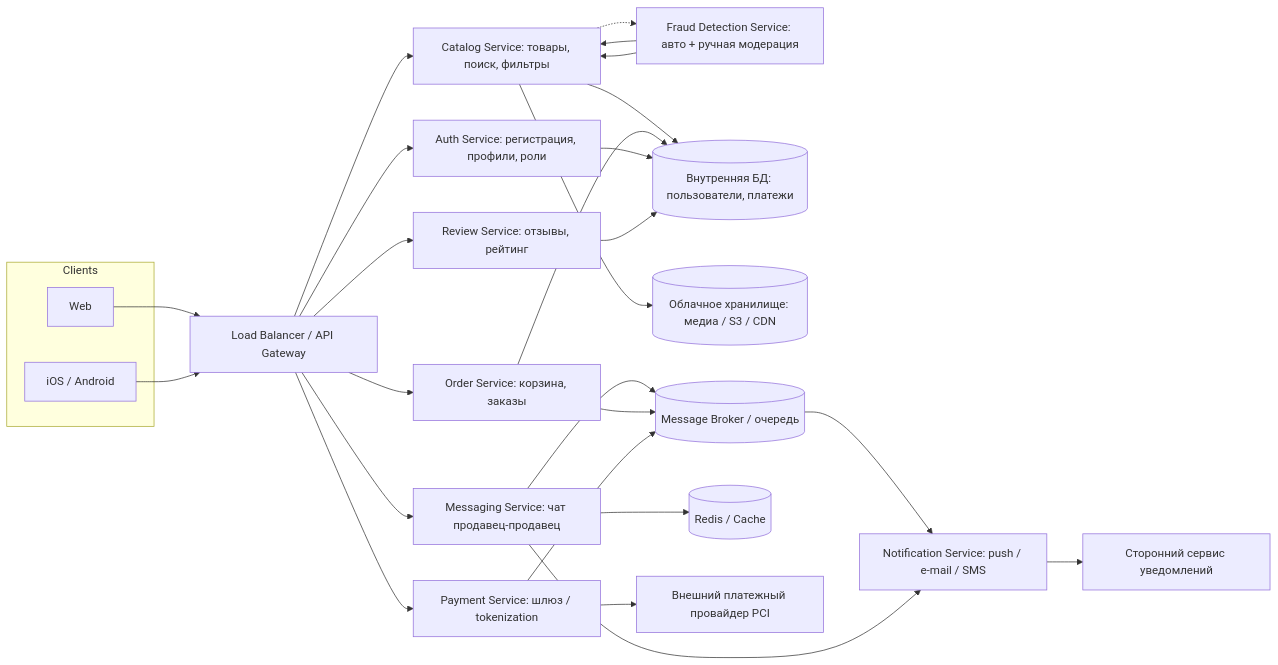
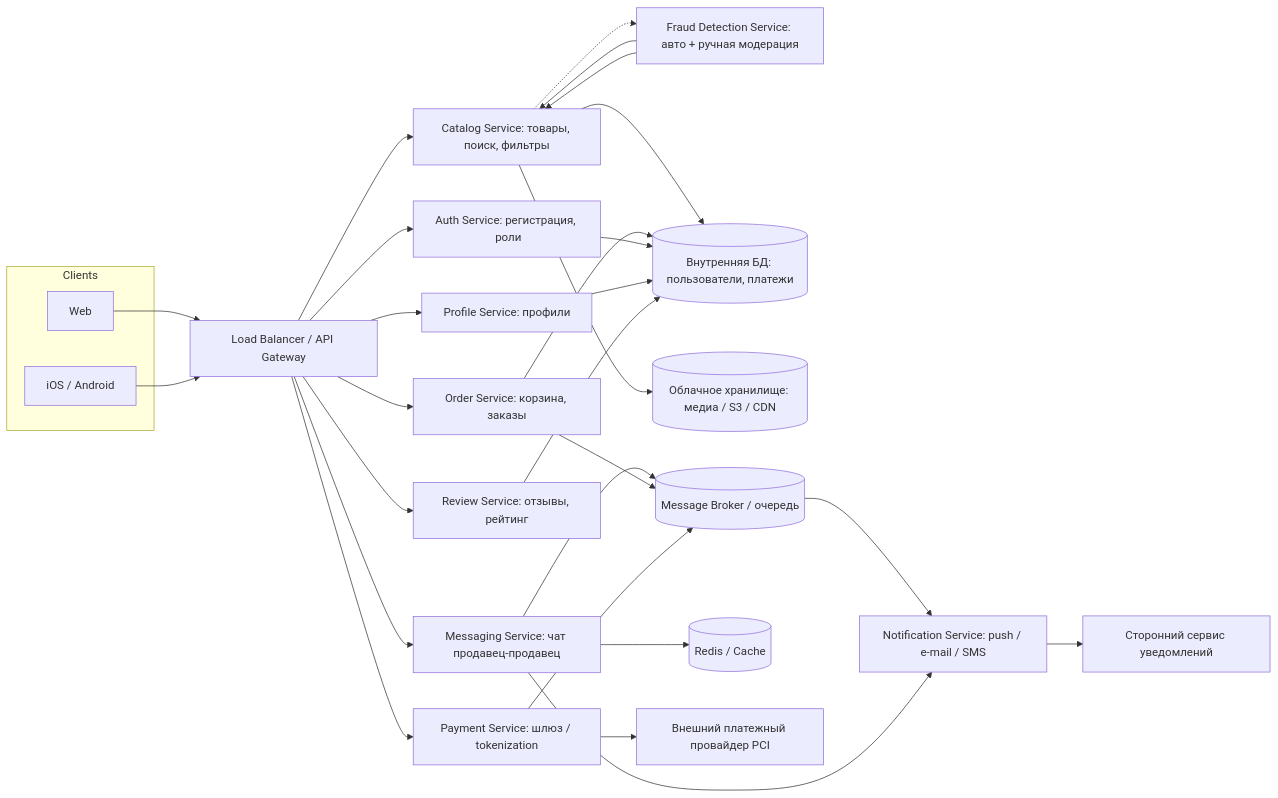
The diagram in arkhitekturnoe-kata-prakticheskoe-rukovodstv/5-mini-marketpleys/proektirovanie-api/abaltusova-ekaterina.mermaid (sinitsina098-hash/new-catalog), drawn with Mermaid before and after one commit. The commit also changed 1 other file, not shown here.

```diff
--- a/arkhitekturnoe-kata-prakticheskoe-rukovodstv/5-mini-marketpleys/proektirovanie-api/abaltusova-ekaterina.mermaid
+++ b/arkhitekturnoe-kata-prakticheskoe-rukovodstv/5-mini-marketpleys/proektirovanie-api/abaltusova-ekaterina.mermaid
@@ -1,57 +1,60 @@
 flowchart LR
     %% Клиенты
     subgraph Clients
         Web[Web]
         Mobile[iOS / Android]
     end
 
     %% Входная точка
     LB[Load Balancer / API Gateway]
 
     %% Микросервисы
-    Auth[Auth Service: регистрация, профили, роли]
+    Auth[Auth Service: регистрация,  роли]
+    Profile[Profile Service: профили]
     Catalog[Catalog Service: товары, поиск, фильтры]
     Order[Order Service: корзина, заказы]
     Payment[Payment Service: шлюз / tokenization]
     Messaging[Messaging Service: чат продавец-продавец]
     Review[Review Service: отзывы, рейтинг]
     Fraud[Fraud Detection Service: авто + ручная модерация]
     Notification[Notification Service: push / e-mail / SMS]
 
     %% Базы данных
     DB_Internal[(Внутренняя БД: пользователи, платежи)]
     DB_Object[(Облачное хранилище: медиа / S3 / CDN)]
 
     %% Очереди и кэш
     Queue[(Message Broker / очередь)]
     Cache[(Redis / Cache)]
 
     %% Взаимодействия
     Web --> LB
     Mobile --> LB
     LB --> Auth
+    LB --> Profile
     LB --> Catalog
     LB --> Order
     LB --> Payment
     LB --> Messaging
     LB --> Review
 
     Catalog --> DB_Internal
     Order --> DB_Internal
     Auth --> DB_Internal
+    Profile --> DB_Internal
     Review --> DB_Internal
     Messaging --> Cache
 
     Catalog --> DB_Object
     Messaging --> Queue
     Order --> Queue
     Payment --> Queue
     Queue --> Notification
     Messaging --> Notification
 
     Fraud --> Catalog
     Catalog -.-> Fraud
     Fraud --> Catalog
 
     Payment --> ExternalPay[Внешний платежный провайдер PCI]
     Notification --> ExternalNotif[Сторонний сервис уведомлений]
```
